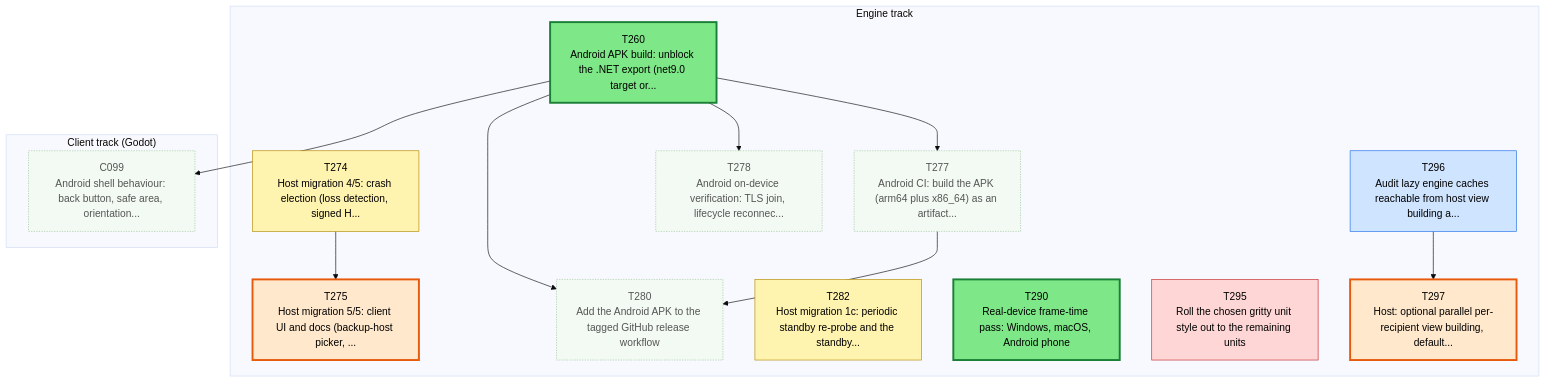
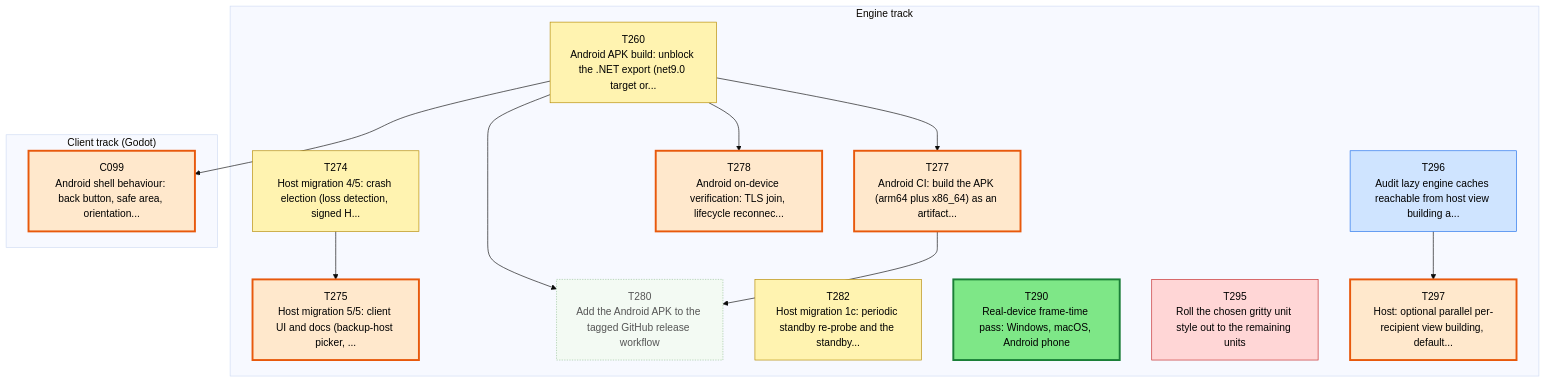
The first of 3 diagrams in csharp/migration/DEPENDENCY_MAP.md (Kenmura/Unciv), drawn with Mermaid (base theme) before and after one commit. The commit also changed other lines of this file and 1 other file, not shown here.

````diff
--- a/csharp/migration/DEPENDENCY_MAP.md
+++ b/csharp/migration/DEPENDENCY_MAP.md
@@ -35,45 +35,45 @@
 ```mermaid
 flowchart TD
   subgraph TTRACK["Engine track"]
     T260["T260<br/>Android APK build: unblock the .NET export (net9.0 target or..."]
     T274["T274<br/>Host migration 4/5: crash election (loss detection, signed H..."]
     T275["T275<br/>Host migration 5/5: client UI and docs (backup-host picker, ..."]
     T277["T277<br/>Android CI: build the APK (arm64 plus x86_64) as an artifact..."]
     T278["T278<br/>Android on-device verification: TLS join, lifecycle reconnec..."]
     T280["T280<br/>Add the Android APK to the tagged GitHub release workflow"]
     T282["T282<br/>Host migration 1c: periodic standby re-probe and the standby..."]
     T290["T290<br/>Real-device frame-time pass: Windows, macOS, Android phone"]
     T295["T295<br/>Roll the chosen gritty unit style out to the remaining units"]
     T296["T296<br/>Audit lazy engine caches reachable from host view building a..."]
     T297["T297<br/>Host: optional parallel per-recipient view building, default..."]
   end
   subgraph CTRACK["Client track (Godot)"]
     C099["C099<br/>Android shell behaviour: back button, safe area, orientation..."]
   end
   T274 --> T275
   T260 --> T277
   T260 --> T278
   T260 --> T280
   T277 --> T280
   T296 --> T297
   T260 --> C099
   classDef waiting fill:#f3faf3,stroke:#9bc49b,color:#555,stroke-dasharray:2 2
   classDef ondeck fill:#ffe8cc,stroke:#e8590c,stroke-width:3px,color:#000
   classDef ready fill:#7ee787,stroke:#1a7f37,stroke-width:3px,color:#000
   classDef prog fill:#fff3b0,stroke:#b58900,color:#000
   classDef review fill:#cfe4ff,stroke:#1f6feb,color:#000
   classDef blocked fill:#ffd6d6,stroke:#c62828,color:#000
   classDef done fill:#eeeeee,stroke:#999999,color:#666,stroke-dasharray:4 3
-  class C099 waiting
-  class T260 ready
+  class C099 ondeck
+  class T260 prog
   class T274 prog
   class T275 ondeck
-  class T277 waiting
-  class T278 waiting
+  class T277 ondeck
+  class T278 ondeck
   class T280 waiting
   class T282 prog
   class T290 ready
   class T295 blocked
   class T296 review
   class T297 ondeck
 ```
````
